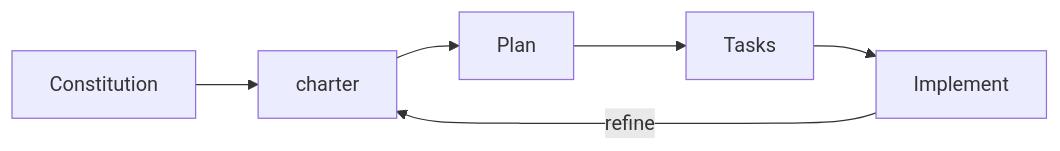
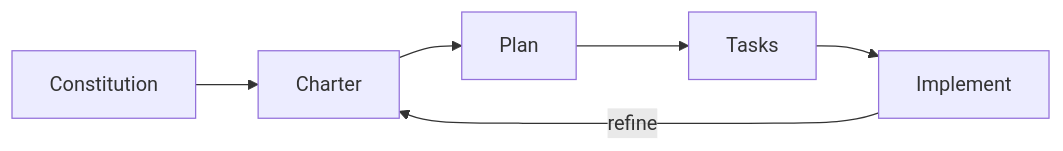
One commit to ParkWardRR/weekend-to-release changed the diagram in src/content/docs/guide/getting-started.md. Above: the diagram before and after it, drawn with Mermaid. The commit also changed other lines of this file and 26 other files, not shown here.

Commit message:
docs: rename methodology to ACE and replace charter lexicon

````diff
--- a/src/content/docs/guide/getting-started.md
+++ b/src/content/docs/guide/getting-started.md
@@ -92,8 +92,8 @@
 ```mermaid
 flowchart LR
-    A[Constitution] --> B[charter]
+    A[Constitution] --> B[Charter]
     B --> C[Plan]
     C --> D[Tasks]
     D --> E[Implement]
     E -->|refine| B
 ```
````
